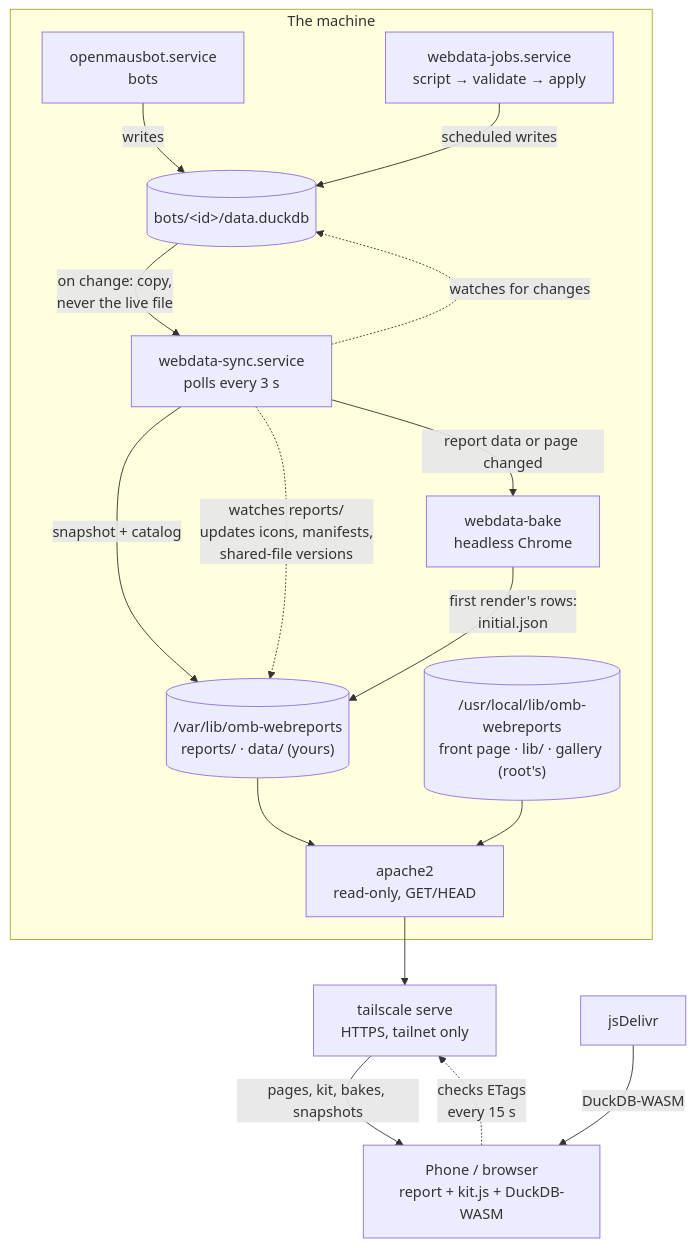
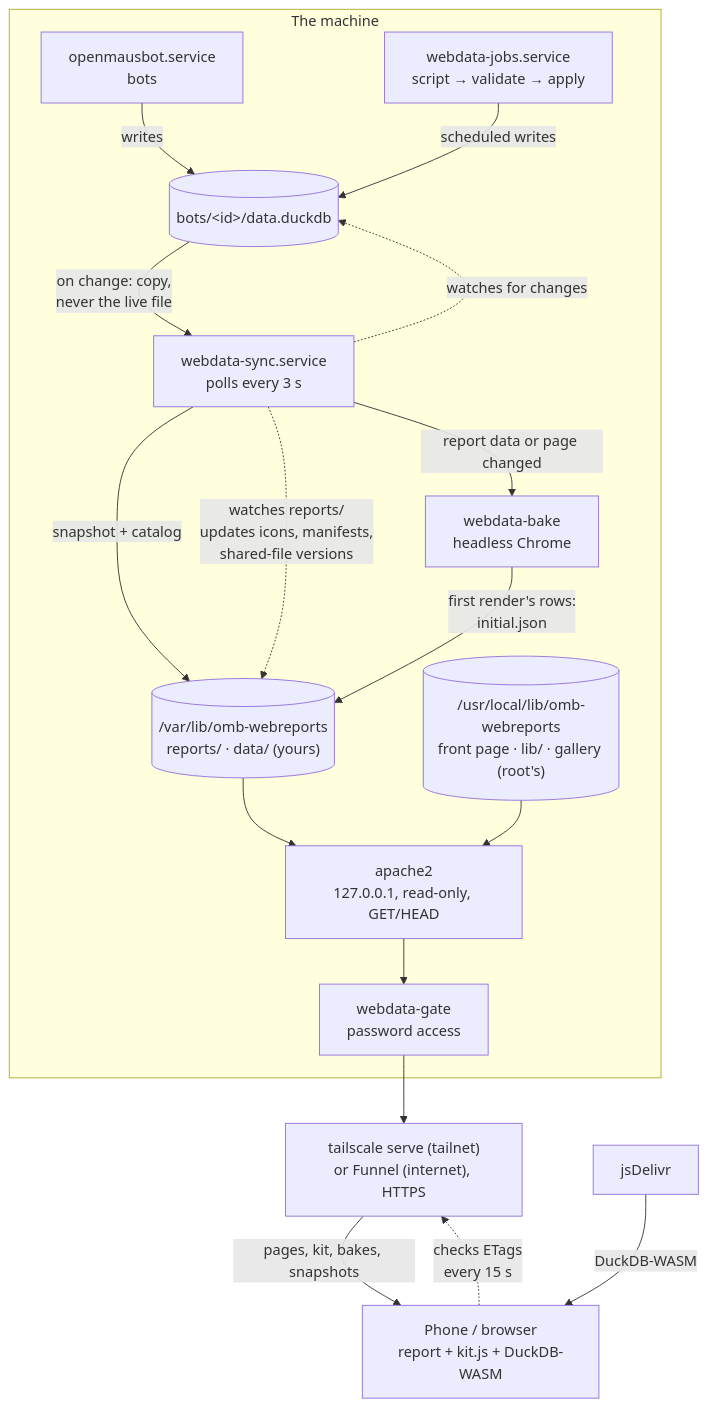
Before and after one commit to ckedwards/omb-webreports: the diagram in docs/architecture.md, drawn with Mermaid. The commit also changed other lines of this file and 17 other files, not shown here.

````diff
--- a/docs/architecture.md
+++ b/docs/architecture.md
@@ -5,31 +5,33 @@
 ```mermaid
 flowchart TB
     subgraph machine["The machine"]
         omb["openmausbot.service<br/>bots"]
         jobs["webdata-jobs.service<br/>script → validate → apply"]
         botdb[("bots/#lt;id#gt;/data.duckdb")]
         sync["webdata-sync.service<br/>polls every 3 s"]
         bake["webdata-bake<br/>headless Chrome"]
         content[("/var/lib/omb-webreports<br/>reports/ · data/ (yours)")]
         program[("/usr/local/lib/omb-webreports<br/>front page · lib/ · gallery (root's)")]
-        apache["apache2<br/>read-only, GET/HEAD"]
+        apache["apache2<br/>127.0.0.1, read-only, GET/HEAD"]
+        gate["webdata-gate<br/>password access"]
     end
-    ts["tailscale serve<br/>HTTPS, tailnet only"]
+    ts["tailscale serve (tailnet)<br/>or Funnel (internet), HTTPS"]
     client["Phone / browser<br/>report + kit.js + DuckDB-WASM"]
     cdn["jsDelivr"]
 
     omb -- writes --> botdb
     jobs -- "scheduled writes" --> botdb
     sync -. "watches for changes" .-> botdb
     botdb -- "on change: copy,<br/>never the live file" --> sync
     sync -- "snapshot + catalog" --> content
     sync -. "watches reports/<br/>updates icons, manifests,<br/>shared-file versions" .-> content
     sync -- "report data or page changed" --> bake
     bake -- "first render's rows:<br/>initial.json" --> content
     content --> apache
     program --> apache
-    apache --> ts
+    apache --> gate
+    gate --> ts
     client -. "checks ETags<br/>every 15 s" .-> ts
     ts -- "pages, kit, bakes, snapshots" --> client
     cdn -- "DuckDB-WASM" --> client
 ```
````
